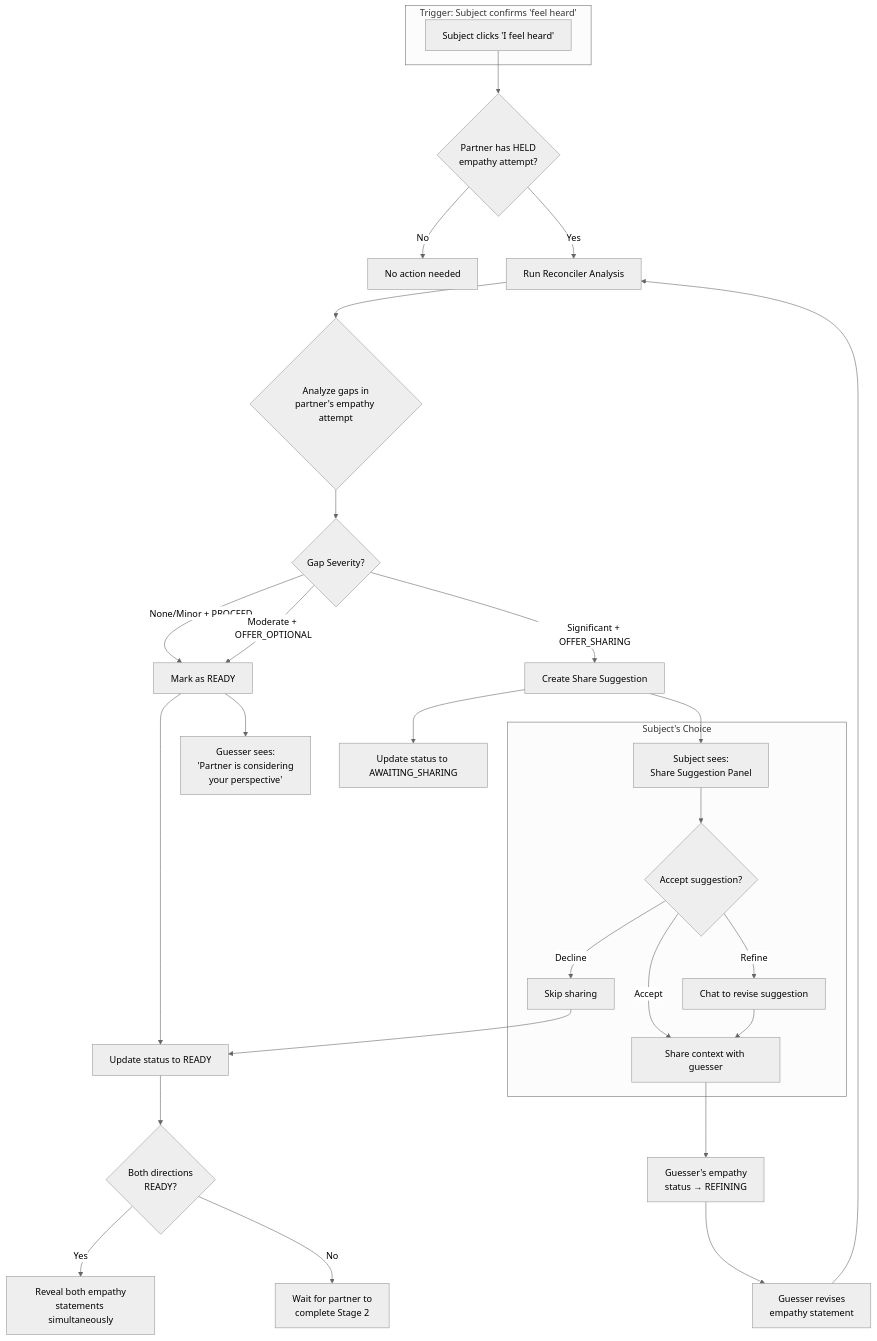
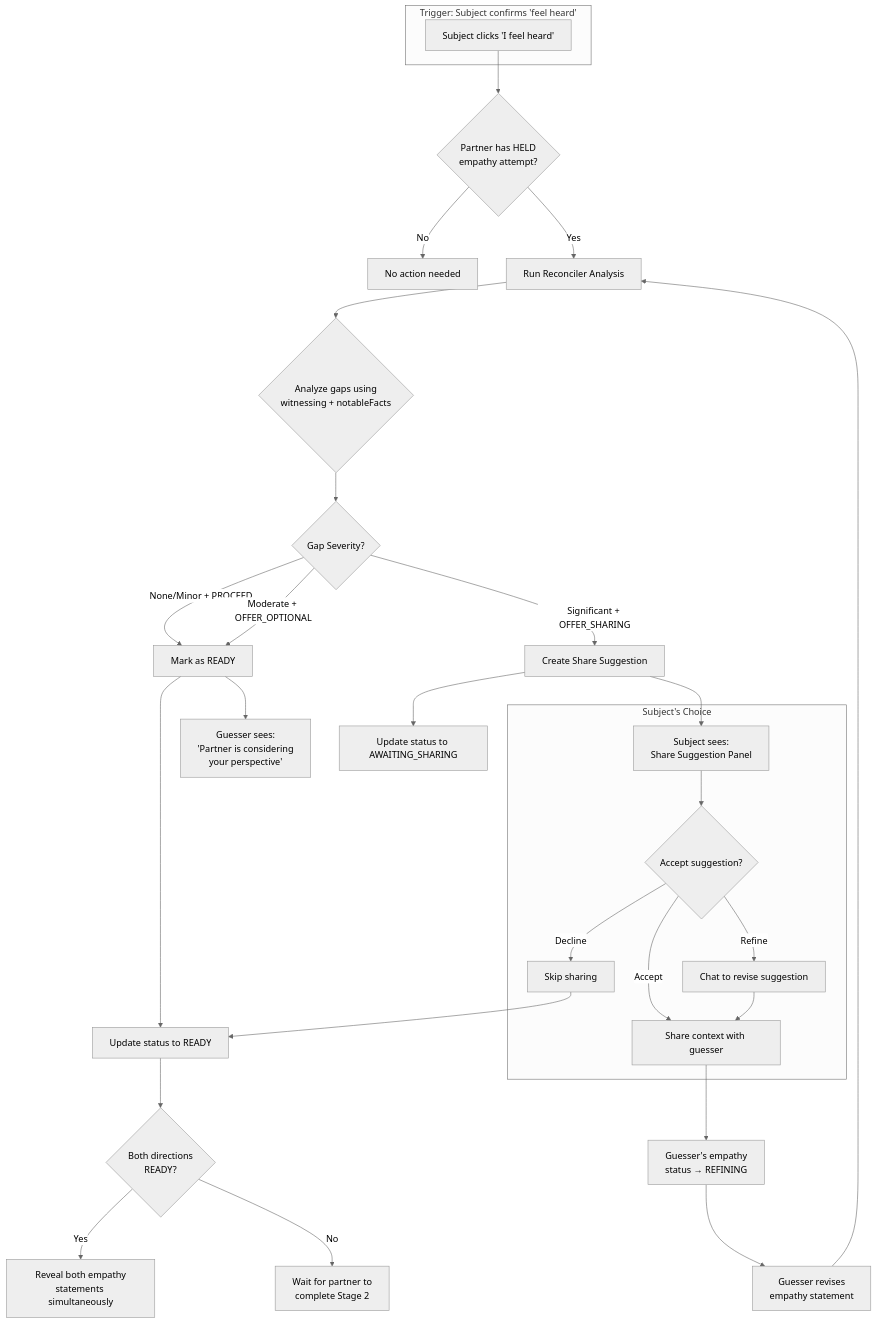
One commit to shantamg/meet-without-fear changed the third of 8 diagrams in docs/backend/reconciler-flow.md. Above: the diagram before and after it, drawn with Mermaid (neutral theme). The commit also changed other lines of this file and 4 other files, not shown here.

First line of the commit message:
fix: reconciler now uses notableFacts to detect Stage 2 position shifts

````diff
--- a/docs/backend/reconciler-flow.md
+++ b/docs/backend/reconciler-flow.md
@@ -110,41 +110,41 @@
 ```mermaid
 flowchart TB
     subgraph Trigger["Trigger: Subject confirms 'feel heard'"]
         A["Subject clicks 'I feel heard'"]
     end
 
     A --> B{Partner has HELD<br/>empathy attempt?}
     B -->|No| C[No action needed]
     B -->|Yes| D[Run Reconciler Analysis]
 
-    D --> E{Analyze gaps in<br/>partner's empathy attempt}
+    D --> E{Analyze gaps using<br/>witnessing + notableFacts}
 
     E --> F{Gap Severity?}
 
     F -->|None/Minor + PROCEED| G[Mark as READY]
     F -->|Moderate + OFFER_OPTIONAL| G
     F -->|Significant + OFFER_SHARING| H[Create Share Suggestion]
 
     G --> I["Guesser sees:<br/>'Partner is considering<br/>your perspective'"]
     G --> J[Update status to READY]
     J --> CHECK{Both directions<br/>READY?}
     CHECK -->|Yes| REVEAL[Reveal both empathy<br/>statements simultaneously]
     CHECK -->|No| WAIT[Wait for partner to<br/>complete Stage 2]
 
     H --> K[Subject sees:<br/>Share Suggestion Panel]
     H --> L[Update status to AWAITING_SHARING]
 
     subgraph SubjectChoice["Subject's Choice"]
         K --> M{Accept suggestion?}
         M -->|Accept| N[Share context with guesser]
         M -->|Refine| O[Chat to revise suggestion]
         M -->|Decline| P[Skip sharing]
     end
 
     N --> Q[Guesser's empathy<br/>status → REFINING]
     O --> N
     P --> J
 
     Q --> R[Guesser revises<br/>empathy statement]
     R --> D
 ```
````
